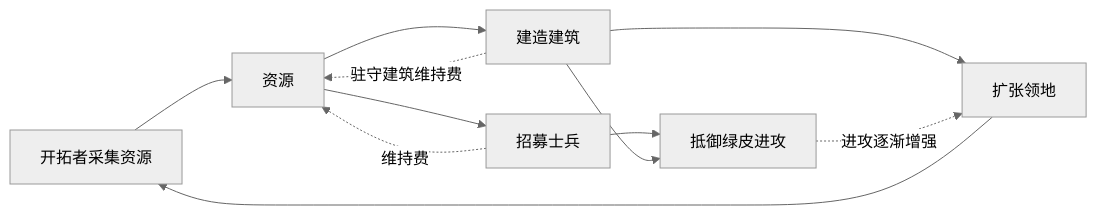
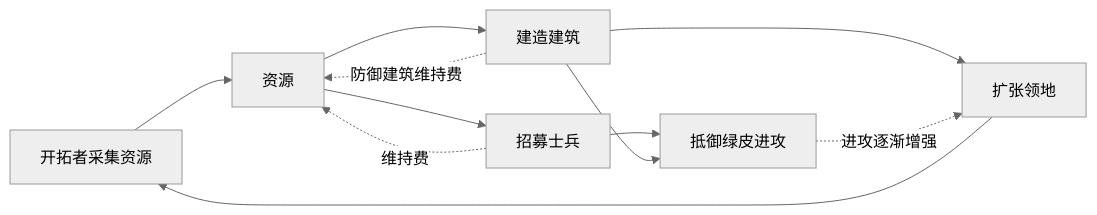
One commit to mio-J/MioGame changed the diagram in 项目文档/设计文档/核心玩法循环.md. Above: the diagram before and after it, drawn with Mermaid (neutral theme). The commit also changed other lines of this file and 136 other files, not shown here.

Commit message:
更新主城设定图与建筑单位三视图

````diff
--- a/项目文档/设计文档/核心玩法循环.md
+++ b/项目文档/设计文档/核心玩法循环.md
@@ -26,13 +26,13 @@
 ```mermaid
 flowchart LR
     A[开拓者采集资源] --> B[资源]
     B --> C[建造建筑]
     B --> D[招募士兵]
     C --> E[扩张领地]
     E --> A
     D --> F[抵御绿皮进攻]
     C --> F
     D -. 维持费 .-> B
-    C -. 驻守建筑维持费 .-> B
+    C -. 防御建筑维持费 .-> B
     F -. 进攻逐渐增强 .-> E
 ```
````
